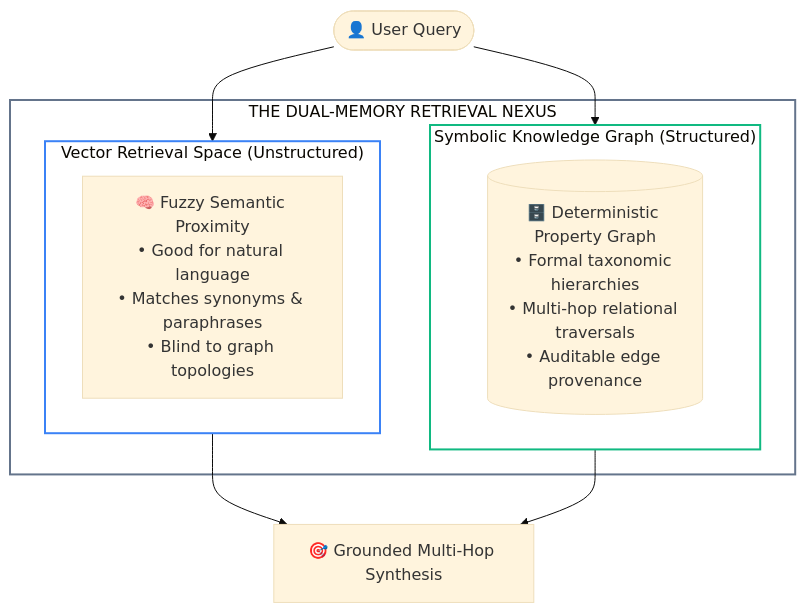
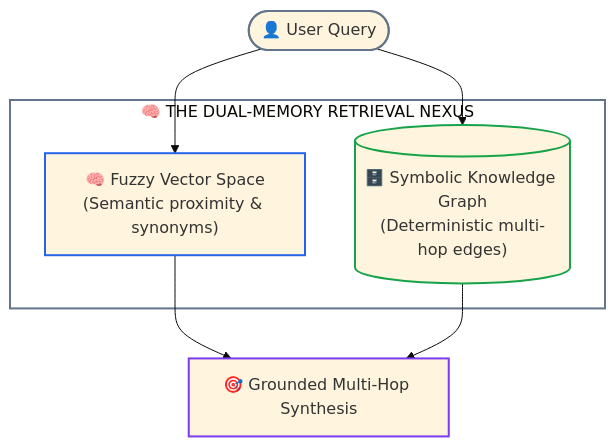
One commit to dip4k/senior-engineer-to-ai-engineer-roadmap changed the first of 4 diagrams in 02-rag-and-knowledge-systems/06-graphrag-and-entity-traversal.md. Above: the diagram before and after it, drawn with Mermaid (base theme). The commit also changed other lines of this file and 94 other files, not shown here.

Commit message:
refactor(curriculum): complete Phase 04 upgrade and enforce diagram renderer invariants

````diff
--- a/02-rag-and-knowledge-systems/06-graphrag-and-entity-traversal.md
+++ b/02-rag-and-knowledge-systems/06-graphrag-and-entity-traversal.md
@@ -46,20 +46,22 @@
 ```mermaid
 flowchart TD
-    subgraph Nexus["THE DUAL-MEMORY RETRIEVAL NEXUS"]
-        subgraph VectorMemory["Vector Retrieval Space (Unstructured)"]
-            V["🧠 Fuzzy Semantic Proximity<br>• Good for natural language<br>• Matches synonyms & paraphrases<br>• Blind to graph topologies"]
-        end
-
-        subgraph GraphMemory["Symbolic Knowledge Graph (Structured)"]
-            G[("🗄️ Deterministic Property Graph<br>• Formal taxonomic hierarchies<br>• Multi-hop relational traversals<br>• Auditable edge provenance")]
-        end
+    Query(["👤 User Query"])
+    
+    subgraph Nexus["🧠 THE DUAL-MEMORY RETRIEVAL NEXUS"]
+        V["🧠 Fuzzy Vector Space<br>(Semantic proximity & synonyms)"]
+        G[("🗄️ Symbolic Knowledge Graph<br>(Deterministic multi-hop edges)")]
     end
 
-    Query(["👤 User Query"]) --> VectorMemory
-    Query --> GraphMemory
-    VectorMemory --> Synthesis["🎯 Grounded Multi-Hop Synthesis"]
-    GraphMemory --> Synthesis
-    style Nexus fill:none,stroke:#64748b,stroke-width:2px;
-    style VectorMemory fill:none,stroke:#3b82f6,stroke-width:2px;
-    style GraphMemory fill:none,stroke:#10b981,stroke-width:2px;
+    Synthesis["🎯 Grounded Multi-Hop Synthesis"]
+
+    Query --> V
+    Query --> G
+    V --> Synthesis
+    G --> Synthesis
+
+    style Nexus fill:none,stroke:#64748b,stroke-width:2px
+    style Query stroke:#64748b,stroke-width:2px
+    style V stroke:#2563eb,stroke-width:2px
+    style G stroke:#16a34a,stroke-width:2px
+    style Synthesis stroke:#7c3aed,stroke-width:2px
 ```
````
